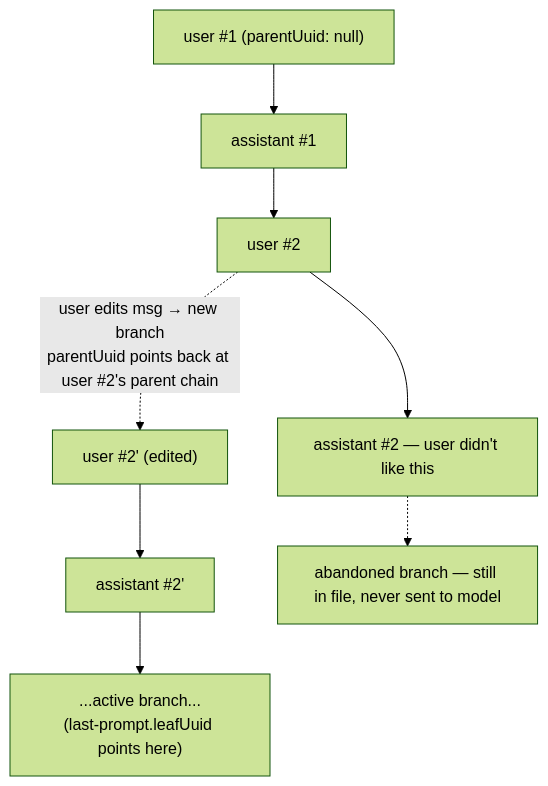
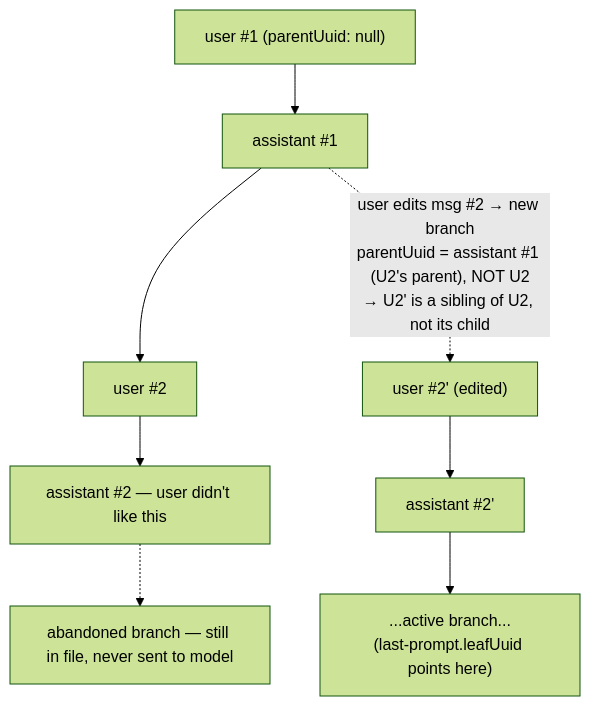
The third of 5 diagrams in docs/session-jsonl-mechanics.md (locchh/clear-mind), drawn with Mermaid (forest theme) before and after one commit. The commit also changed other lines of this file and 1 other file, not shown here.

Commit message:
docs: clarify record shapes, missing fields, and diagram inconsistencies
- Reconcile "two shapes" claim with the table's third infra category
  (file-history-snapshot) and explain why it fits neither shape
- Add logicalParentUuid and requestId to the envelope field table
- Confirm against real session files that file-history-snapshot
  genuinely lacks sessionId/uuid/parentUuid
- Explain the attachment* footnote in the writer-map table
- Fix branching diagram arrow to match its own label (new branch is
  a sibling of the edited message, not its child)

````diff
--- a/docs/session-jsonl-mechanics.md
+++ b/docs/session-jsonl-mechanics.md
@@ -56,10 +56,10 @@
 ```mermaid
 flowchart TD
     R0["user #1 (parentUuid: null)"] --> A1[assistant #1]
     A1 --> U2["user #2"]
     U2 --> A2[assistant #2 — user didn't like this]
-    U2 -.->|"user edits msg → new branch<br/>parentUuid points back at user #2's parent chain"| U2b["user #2' (edited)"]
+    A1 -.->|"user edits msg #2 → new branch<br/>parentUuid = assistant #1 (U2's parent), NOT U2<br/>→ U2' is a sibling of U2, not its child"| U2b["user #2' (edited)"]
     U2b --> A2b[assistant #2']
     A2b --> LEAF["...active branch...<br/>(last-prompt.leafUuid points here)"]
     A2 -.-> DEAD[abandoned branch — still in file, never sent to model]
 ```
````
